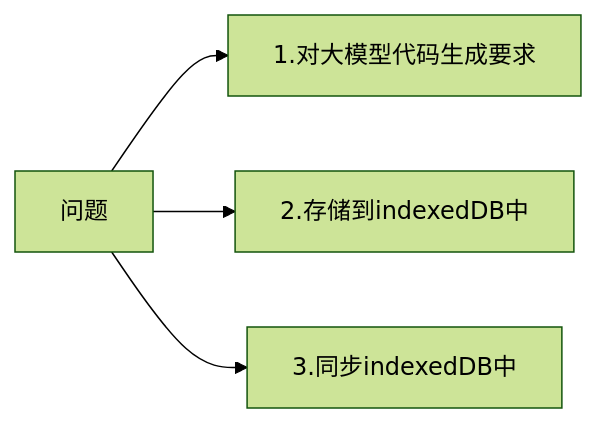
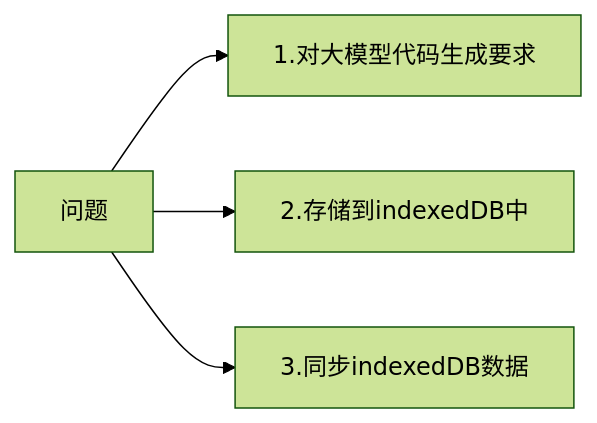
One commit to yingjianzh/iodraw-files changed the diagram in all/组件数据存储-1.md. Above: the diagram before and after it, drawn with Mermaid (forest theme).

Commit message:
2025-02-14 10:35:02 update

````diff
--- a/all/组件数据存储-1.md
+++ b/all/组件数据存储-1.md
@@ -1,9 +1,9 @@
 ```mermaid
 flowchart LR
     问题 --> 1.对大模型代码生成要求
     问题 --> 2.存储到indexedDB中
-    问题 --> 3.同步indexedDB中
+    问题 --> 3.同步indexedDB数据
 
     
   
 ```
````
